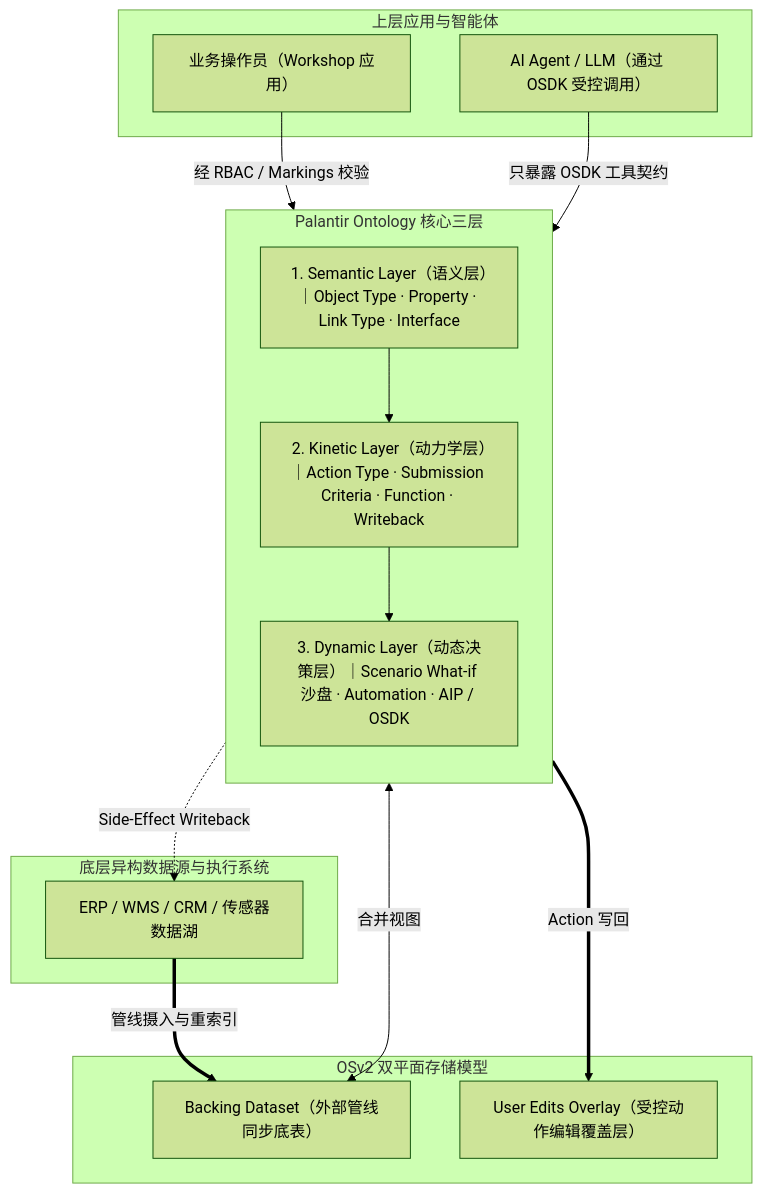
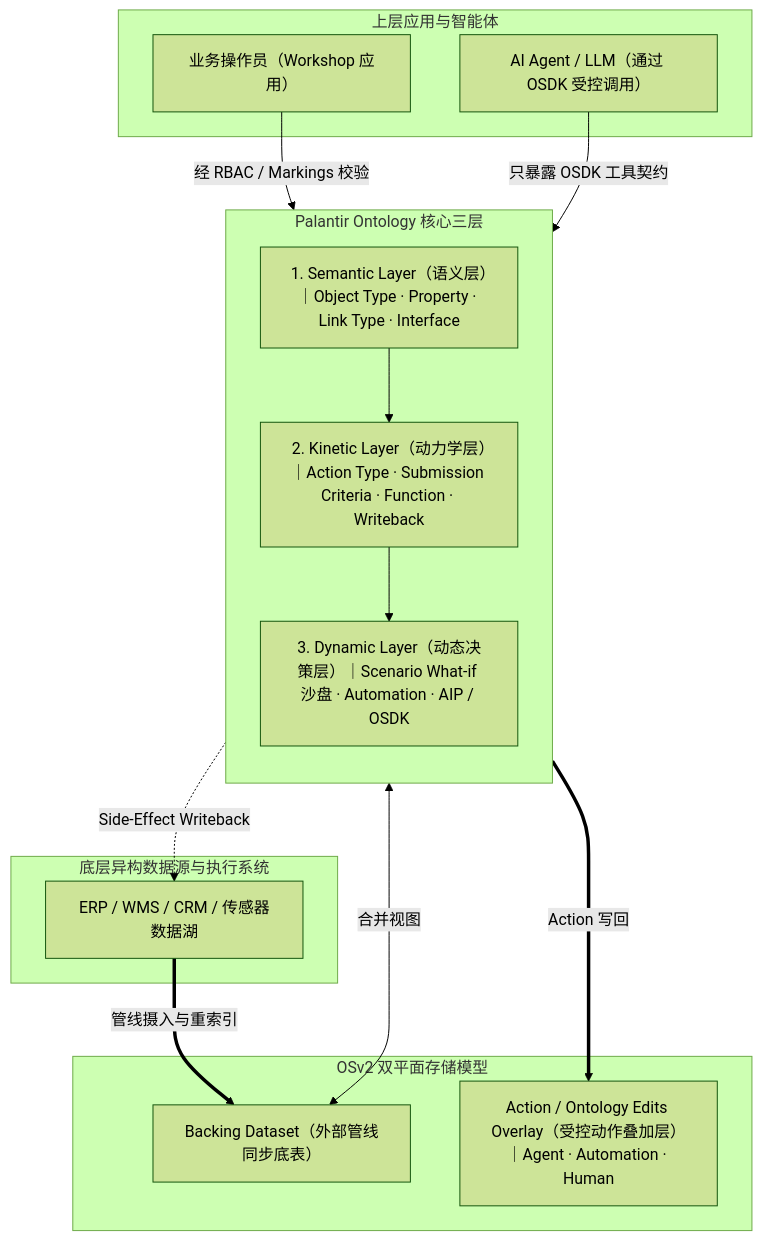
Before and after one commit to guci314/openontology: the diagram in docs/PALANTIR_AND_OPEN_ONTOLOGY.md, drawn with Mermaid (forest theme). The commit also changed other lines of this file, not shown here.

Commit message:
docs: sync Action/Ontology Edits Overlay terminology with OpenPalantir

````diff
--- a/docs/PALANTIR_AND_OPEN_ONTOLOGY.md
+++ b/docs/PALANTIR_AND_OPEN_ONTOLOGY.md
@@ -24,32 +24,32 @@
 ```mermaid
 flowchart TB
     subgraph EXT["底层异构数据源与执行系统"]
         ERP["ERP / WMS / CRM / 传感器数据湖"]
     end
 
     subgraph ONT["Palantir Ontology 核心三层"]
         direction TB
         SEM["1. Semantic Layer（语义层）｜Object Type · Property · Link Type · Interface"]
         KIN["2. Kinetic Layer（动力学层）｜Action Type · Submission Criteria · Function · Writeback"]
         DYN["3. Dynamic Layer（动态决策层）｜Scenario What-if 沙盘 · Automation · AIP / OSDK"]
         SEM --> KIN
         KIN --> DYN
     end
 
     subgraph STORAGE["OSv2 双平面存储模型"]
         BACK["Backing Dataset（外部管线同步底表）"]
-        EDITS["User Edits Overlay（受控动作编辑覆盖层）"]
+        EDITS["Action / Ontology Edits Overlay（受控动作叠加层）｜Agent · Automation · Human"]
     end
 
     subgraph CALLERS["上层应用与智能体"]
         HUMAN["业务操作员（Workshop 应用）"]
         LLM["AI Agent / LLM（通过 OSDK 受控调用）"]
     end
 
     ERP ==>|"管线摄入与重索引"| BACK
     BACK <-->|"合并视图"| SEM
     KIN ==>|"Action 写回"| EDITS
     KIN -.->|"Side-Effect Writeback"| ERP
     HUMAN -->|"经 RBAC / Markings 校验"| KIN
     LLM -->|"只暴露 OSDK 工具契约"| DYN
 ```
````
